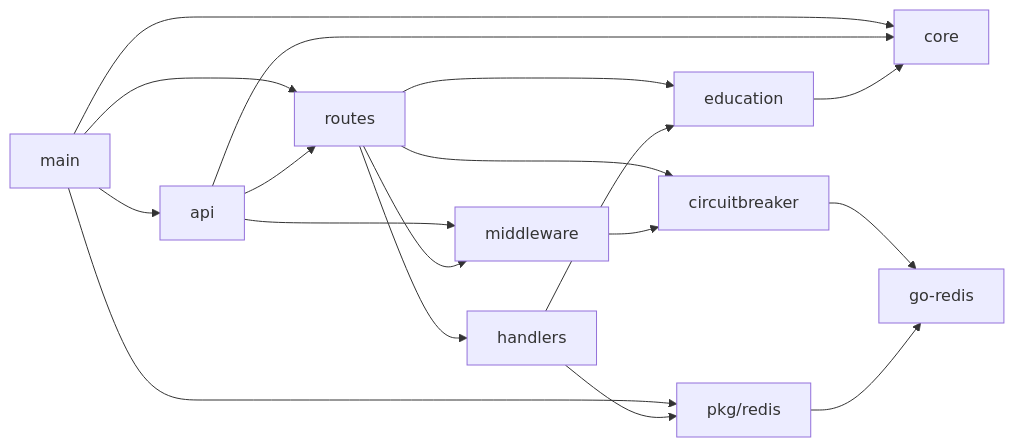
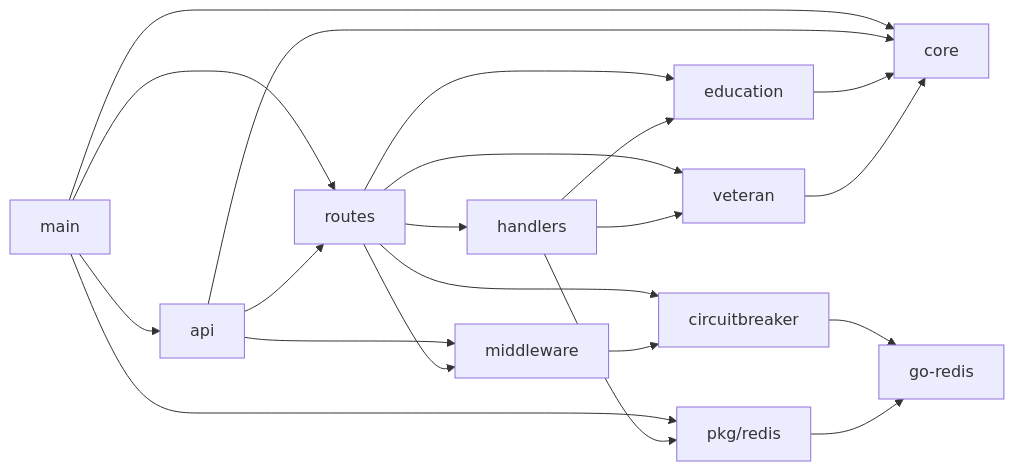
The diagram in docs/architecture.md (CMSgov/emmy-api), drawn with Mermaid before and after one commit. The commit also changed other lines of this file and 13 other files, not shown here.

````diff
--- a/docs/architecture.md
+++ b/docs/architecture.md
@@ -22,25 +23,28 @@
 ```mermaid
 flowchart LR
     main --> core
     main --> api
     main --> redispkg[pkg/redis]
     main --> routes
 
     api --> middleware
     api --> routes
     api --> core
 
     routes --> handlers
     routes --> middleware
     routes --> education
+    routes --> veteran
     routes --> circuitbreaker
 
     handlers --> education
+    handlers --> veteran
     handlers --> redispkg
 
     middleware --> circuitbreaker
 
     education --> core
+    veteran --> core
     circuitbreaker --> redisclient[go-redis]
     redispkg --> redisclient
 ```
````
